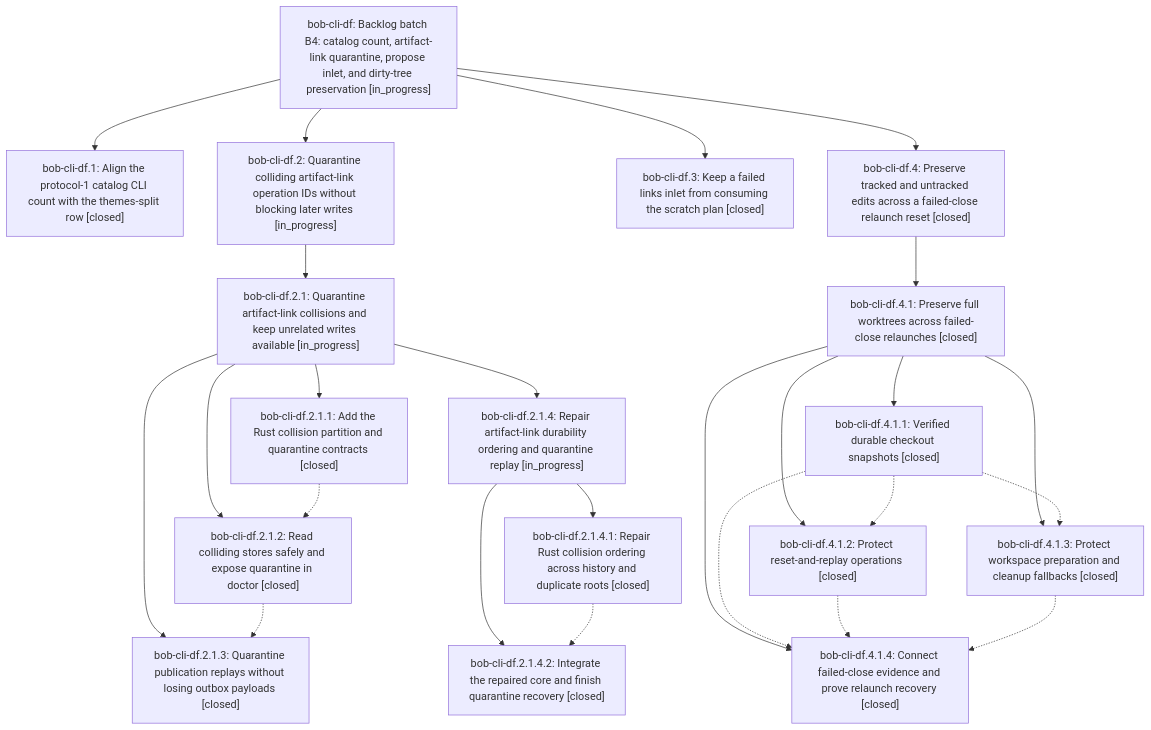
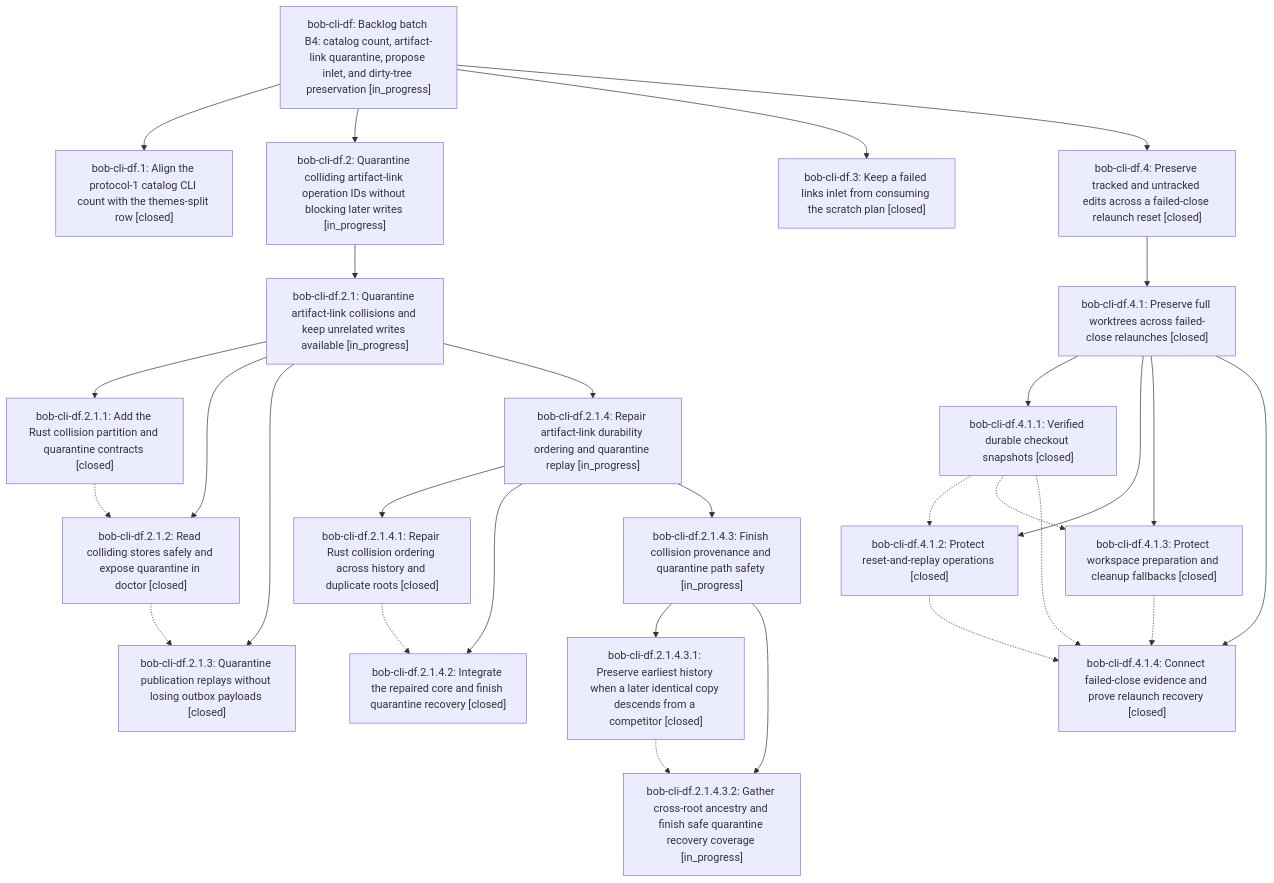
Before and after one commit to bobs-org/bob-cli--beads: the diagram in pages/bob-cli-df/README.md, drawn with Mermaid. The commit also changed other lines of this file and 5 other files, not shown here.

First line of the commit message:
chore(beads): sync bead state and pages for bob-cli-df

````diff
--- a/pages/bob-cli-df/README.md
+++ b/pages/bob-cli-df/README.md
@@ -43,44 +45,51 @@
 ```mermaid
 flowchart TD
     n0["bob-cli-df: Backlog batch B4: catalog count, artifact-link quarantine, propose inlet, and dirty-tree preservation [in_progress]"]
     n1["bob-cli-df.1: Align the protocol-1 catalog CLI count with the themes-split row [closed]"]
     n2["bob-cli-df.2: Quarantine colliding artifact-link operation IDs without blocking later writes [in_progress]"]
     n3["bob-cli-df.2.1: Quarantine artifact-link collisions and keep unrelated writes available [in_progress]"]
     n4["bob-cli-df.2.1.1: Add the Rust collision partition and quarantine contracts [closed]"]
     n5["bob-cli-df.2.1.2: Read colliding stores safely and expose quarantine in doctor [closed]"]
     n6["bob-cli-df.2.1.3: Quarantine publication replays without losing outbox payloads [closed]"]
     n7["bob-cli-df.2.1.4: Repair artifact-link durability ordering and quarantine replay [in_progress]"]
     n8["bob-cli-df.2.1.4.1: Repair Rust collision ordering across history and duplicate roots [closed]"]
     n9["bob-cli-df.2.1.4.2: Integrate the repaired core and finish quarantine recovery [closed]"]
-    n10["bob-cli-df.3: Keep a failed links inlet from consuming the scratch plan [closed]"]
-    n11["bob-cli-df.4: Preserve tracked and untracked edits across a failed-close relaunch reset [closed]"]
-    n12["bob-cli-df.4.1: Preserve full worktrees across failed-close relaunches [closed]"]
-    n13["bob-cli-df.4.1.1: Verified durable checkout snapshots [closed]"]
-    n14["bob-cli-df.4.1.2: Protect reset-and-replay operations [closed]"]
-    n15["bob-cli-df.4.1.3: Protect workspace preparation and cleanup fallbacks [closed]"]
-    n16["bob-cli-df.4.1.4: Connect failed-close evidence and prove relaunch recovery [closed]"]
+    n10["bob-cli-df.2.1.4.3: Finish collision provenance and quarantine path safety [in_progress]"]
+    n11["bob-cli-df.2.1.4.3.1: Preserve earliest history when a later identical copy descends from a competitor [closed]"]
+    n12["bob-cli-df.2.1.4.3.2: Gather cross-root ancestry and finish safe quarantine recovery coverage [in_progress]"]
+    n13["bob-cli-df.3: Keep a failed links inlet from consuming the scratch plan [closed]"]
+    n14["bob-cli-df.4: Preserve tracked and untracked edits across a failed-close relaunch reset [closed]"]
+    n15["bob-cli-df.4.1: Preserve full worktrees across failed-close relaunches [closed]"]
+    n16["bob-cli-df.4.1.1: Verified durable checkout snapshots [closed]"]
+    n17["bob-cli-df.4.1.2: Protect reset-and-replay operations [closed]"]
+    n18["bob-cli-df.4.1.3: Protect workspace preparation and cleanup fallbacks [closed]"]
+    n19["bob-cli-df.4.1.4: Connect failed-close evidence and prove relaunch recovery [closed]"]
     n0 --> n1
     n0 --> n2
     n2 --> n3
     n3 --> n4
     n3 --> n5
     n3 --> n6
     n3 --> n7
     n7 --> n8
     n7 --> n9
-    n0 --> n10
-    n0 --> n11
-    n11 --> n12
-    n12 --> n13
-    n12 --> n14
-    n12 --> n15
-    n12 --> n16
+    n7 --> n10
+    n10 --> n11
+    n10 --> n12
+    n0 --> n13
+    n0 --> n14
+    n14 --> n15
+    n15 --> n16
+    n15 --> n17
+    n15 --> n18
+    n15 --> n19
     n4 -.-> n5
     n5 -.-> n6
     n8 -.-> n9
-    n13 -.-> n14
-    n13 -.-> n15
-    n13 -.-> n16
-    n14 -.-> n16
-    n15 -.-> n16
+    n11 -.-> n12
+    n16 -.-> n17
+    n16 -.-> n18
+    n16 -.-> n19
+    n17 -.-> n19
+    n18 -.-> n19
 ```
````
